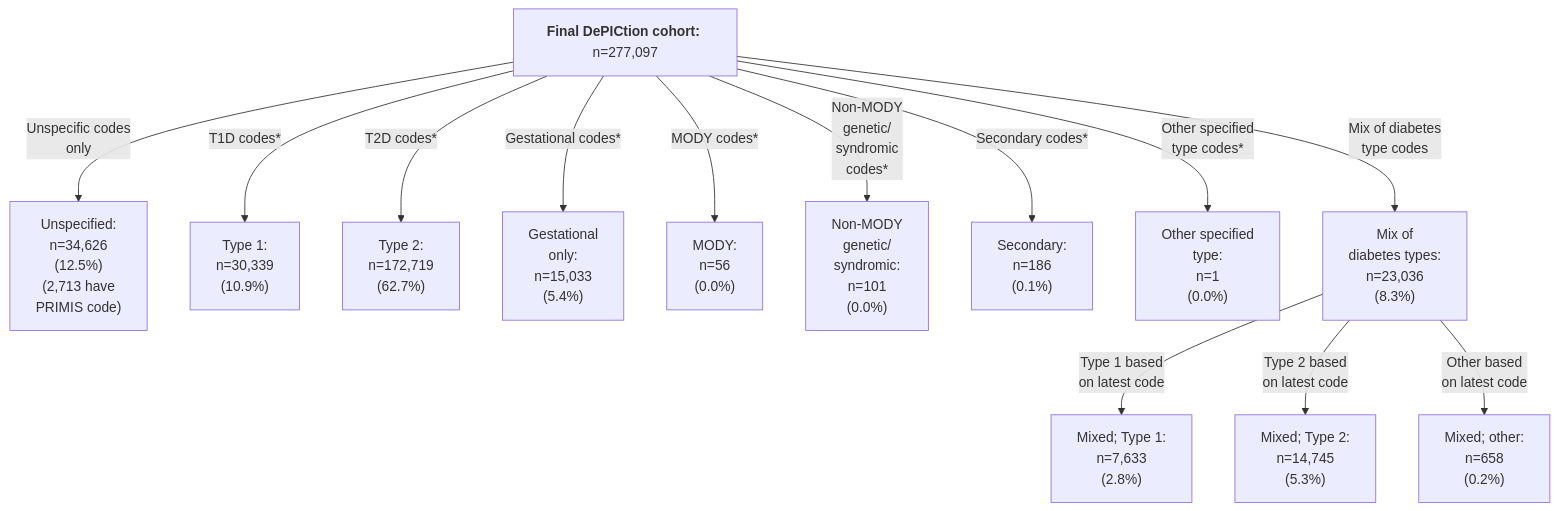
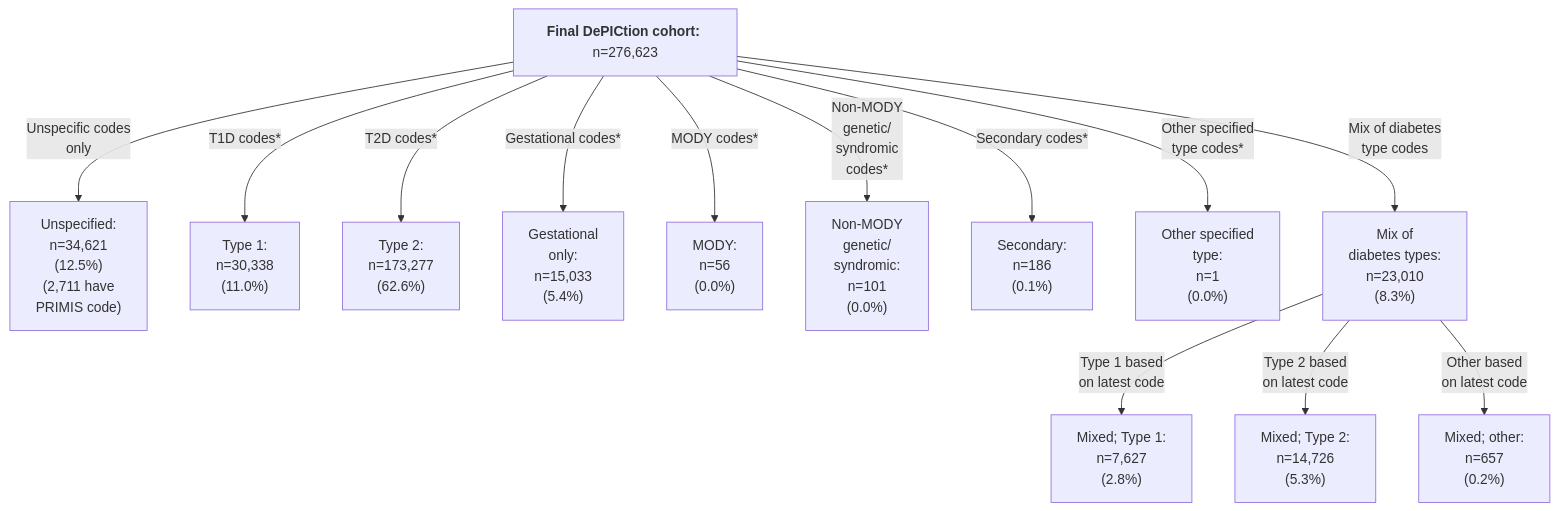
The second of 4 diagrams in README.md (Exeter-Diabetes/CPRD-Katie-DePICtion-Scripts), drawn with Mermaid before and after one commit. The commit also changed other lines of this file, not shown here.

````diff
--- a/README.md
+++ b/README.md
@@ -49,15 +49,15 @@
 ```mermaid
 graph TD;
-    G["<b>Final DePICtion cohort:</b> n=277,097"] --> |"Unspecific codes<br>only"| H["Unspecified: <br>n=34,626<br>(12.5%)<br>(2,713 have<br>PRIMIS code)"]
-    G --> |"T1D codes*"| I["Type 1: <br>n=30,339<br>(10.9%)"]
-    G --> |"T2D codes*"| J["Type 2: <br>n=172,719<br>(62.7%)"]
+    G["<b>Final DePICtion cohort:</b> n=276,623"] --> |"Unspecific codes<br>only"| H["Unspecified: <br>n=34,621<br>(12.5%)<br>(2,711 have<br>PRIMIS code)"]
+    G --> |"T1D codes*"| I["Type 1: <br>n=30,338<br>(11.0%)"]
+    G --> |"T2D codes*"| J["Type 2: <br>n=173,277<br>(62.6%)"]
     G --> |"Gestational codes*"| K["Gestational <br>only: <br>n=15,033<br>(5.4%)"]
     G --> |"MODY codes*"| L["MODY: <br>n=56<br>(0.0%)"]
     G --> |"Non-MODY <br>genetic/<br>syndromic <br>codes*"| M["Non-MODY <br>genetic/<br>syndromic: <br>n=101<br>(0.0%)"]
     G --> |"Secondary codes*"| N["Secondary: <br>n=186<br>(0.1%)"]
     G --> |"Other specified<br>type codes*"| P["Other specified<br>type: <br>n=1<br>(0.0%)"]  
-    G --> |"Mix of diabetes<br>type codes"| Q["Mix of<br>diabetes types: <br>n=23,036<br>(8.3%)"]
-    Q --> |"Type 1 based<br>on latest code"| R["Mixed; Type 1: <br>n=7,633<br>(2.8%)"]
-    Q --> |"Type 2 based<br>on latest code"| S["Mixed; Type 2: <br>n=14,745<br>(5.3%)"]
-    Q --> |"Other based<br>on latest code"| T["Mixed; other: <br>n=658<br>(0.2%)"]
+    G --> |"Mix of diabetes<br>type codes"| Q["Mix of<br>diabetes types: <br>n=23,010<br>(8.3%)"]
+    Q --> |"Type 1 based<br>on latest code"| R["Mixed; Type 1: <br>n=7,627<br>(2.8%)"]
+    Q --> |"Type 2 based<br>on latest code"| S["Mixed; Type 2: <br>n=14,726<br>(5.3%)"]
+    Q --> |"Other based<br>on latest code"| T["Mixed; other: <br>n=657<br>(0.2%)"]
 ```
````
